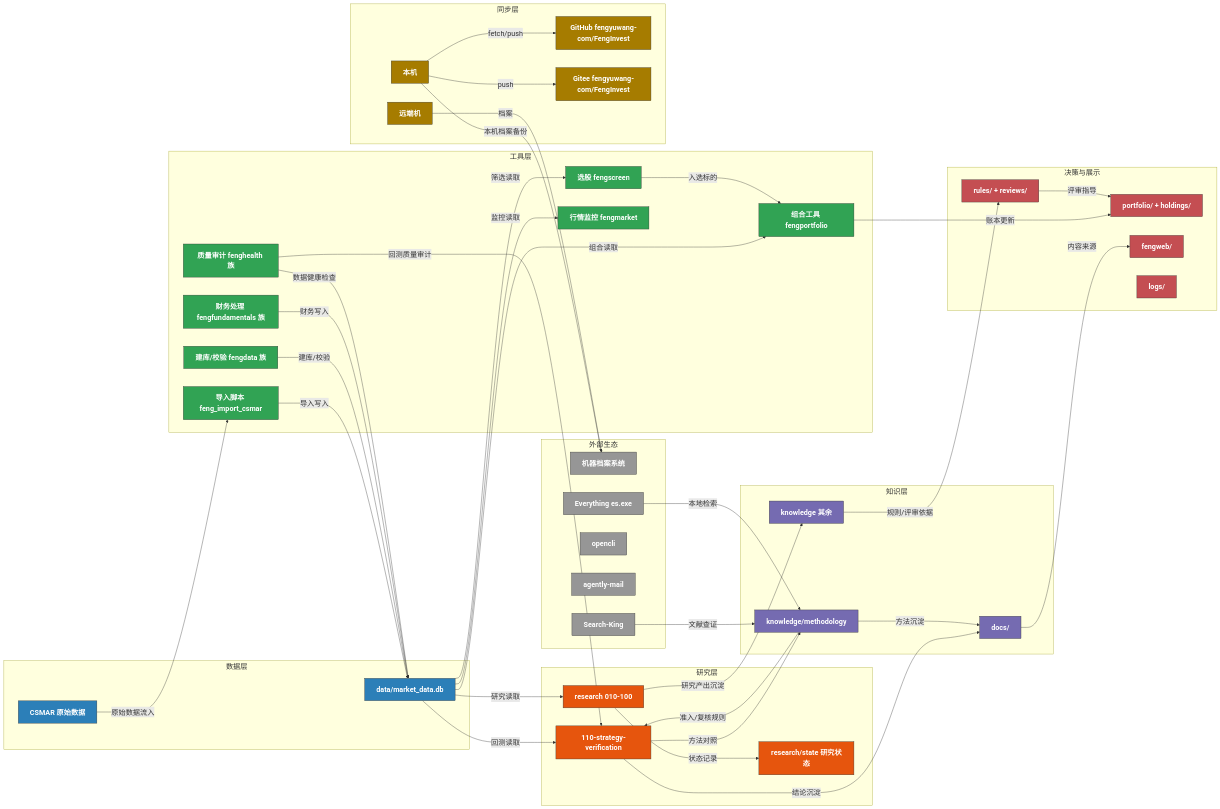
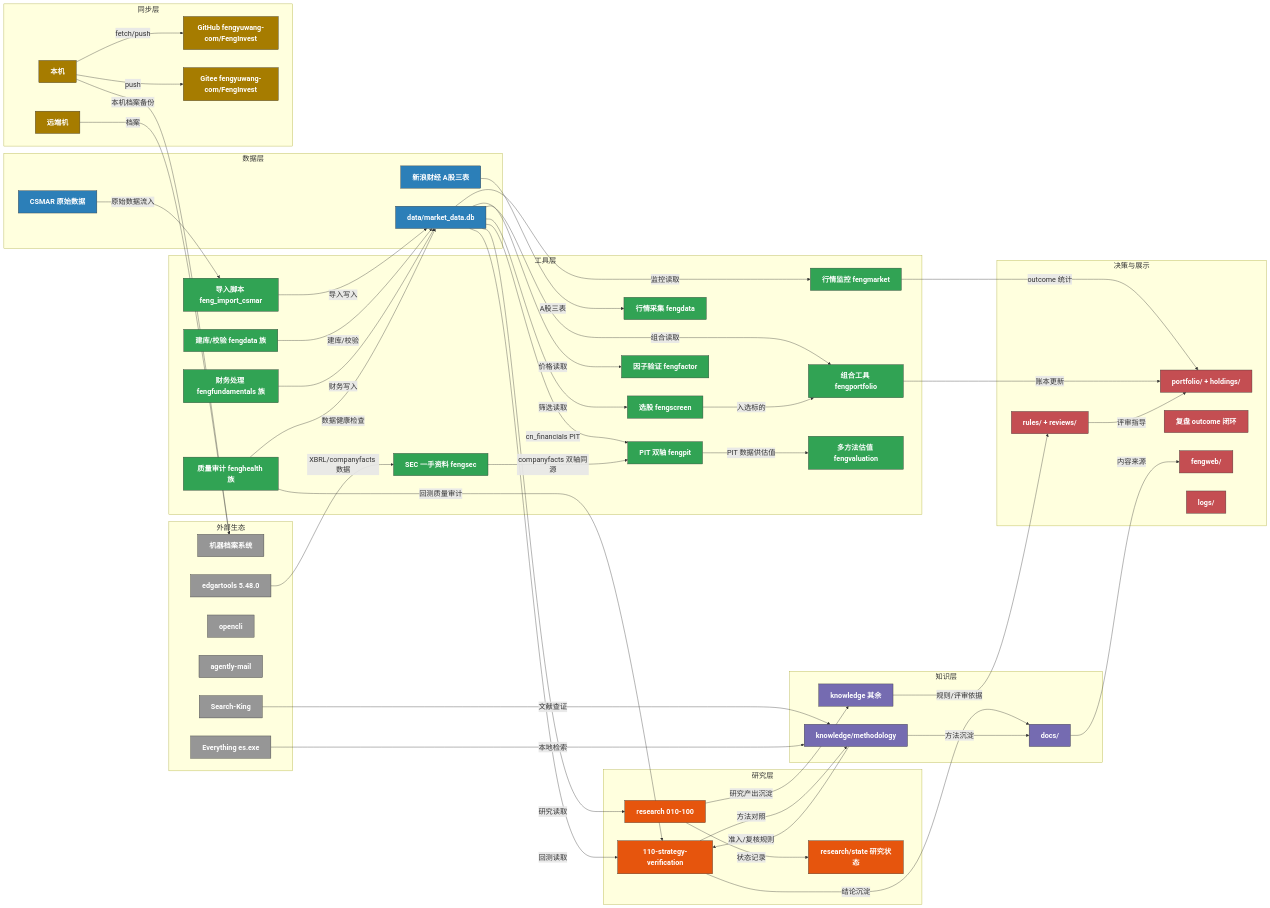
One commit to fengyuwang-com/Open-FengInvest changed the diagram in docs/system-map.mmd. Above: the diagram before and after it, drawn with Mermaid. The commit also changed 166 other files, not shown here.

```diff
--- a/docs/system-map.mmd
+++ b/docs/system-map.mmd
@@ -1,81 +1,96 @@
 %%{init: {"themeVariables": {"fontSize": "20px"}, "flowchart": {"nodeSpacing": 50, "rankSpacing": 80, "padding": 16}}}%%
 %% 由 tools/system-map/build.py 生成, 勿手改。改 system-map.yaml 后重跑。
 %% 互动版: docs/system-map.html
 flowchart LR
   subgraph G_data["数据层"]
     n_csmar["CSMAR 原始数据"]:::data
     n_market_data_db["data/market_data.db"]:::data
+    n_sina["新浪财经 A股三表"]:::data
   end
   subgraph G_tools["工具层"]
     n_importer["导入脚本 feng_import_csmar"]:::tools
     n_dbops["建库/校验 fengdata 族"]:::tools
     n_finops["财务处理 fengfundamentals 族"]:::tools
     n_screener["选股 fengscreen"]:::tools
     n_portfolio_tools["组合工具 fengportfolio"]:::tools
     n_audit_tools["质量审计 fenghealth 族"]:::tools
     n_watch["行情监控 fengmarket"]:::tools
+    n_fengdata["行情采集 fengdata"]:::tools
+    n_fengsec["SEC 一手资料 fengsec"]:::tools
+    n_fengpit["PIT 双轴 fengpit"]:::tools
+    n_fengvaluation["多方法估值 fengvaluation"]:::tools
+    n_fengfactor["因子验证 fengfactor"]:::tools
   end
   subgraph G_research["研究层"]
     n_verification["110-strategy-verification"]:::research
     n_research_other["research 010-100"]:::research
     n_research_state["research/state 研究状态"]:::research
   end
   subgraph G_knowledge["知识层"]
     n_methodology["knowledge/methodology"]:::knowledge
     n_knowledge_other["knowledge 其余"]:::knowledge
     n_docs["docs/"]:::knowledge
   end
   subgraph G_board["决策与展示"]
     n_rules_reviews["rules/ + reviews/"]:::board
     n_portfolio_ledger["portfolio/ + holdings/"]:::board
+    n_outcome["复盘 outcome 闭环"]:::board
     n_fengweb["fengweb/"]:::board
     n_logs["logs/"]:::board
   end
   subgraph G_external["外部生态"]
     n_fengasni["机器档案系统"]:::external
     n_searchking["Search-King"]:::external
     n_opencli["opencli"]:::external
     n_mail["agently-mail"]:::external
     n_everything["Everything es.exe"]:::external
+    n_edgartools["edgartools 5.48.0"]:::external
   end
   subgraph G_sync["同步层"]
     n_github["GitHub fengyuwang-com/FengInvest"]:::sync
     n_gitee["Gitee fengyuwang-com/FengInvest"]:::sync
     n_machine_lt["本机"]:::sync
     n_machine_air["远端机"]:::sync
   end
   classDef data fill:#2c7fb8,stroke:#333,color:#fff,font-weight:bold
   classDef tools fill:#31a354,stroke:#333,color:#fff,font-weight:bold
   classDef research fill:#e6550d,stroke:#333,color:#fff,font-weight:bold
   classDef knowledge fill:#756bb1,stroke:#333,color:#fff,font-weight:bold
   classDef board fill:#c44e52,stroke:#333,color:#fff,font-weight:bold
   classDef external fill:#969696,stroke:#333,color:#fff,font-weight:bold
   classDef sync fill:#a67c00,stroke:#333,color:#fff,font-weight:bold
   n_csmar -->|"原始数据流入"| n_importer
   n_importer -->|"导入写入"| n_market_data_db
   n_dbops -->|"建库/校验"| n_market_data_db
   n_finops -->|"财务写入"| n_market_data_db
   n_market_data_db -->|"回测读取"| n_verification
   n_market_data_db -->|"筛选读取"| n_screener
   n_market_data_db -->|"组合读取"| n_portfolio_tools
   n_market_data_db -->|"监控读取"| n_watch
   n_market_data_db -->|"研究读取"| n_research_other
+  n_market_data_db -->|"价格读取"| n_fengfactor
+  n_market_data_db -->|"cn_financials PIT"| n_fengpit
+  n_sina -->|"A股三表"| n_fengdata
+  n_edgartools -->|"XBRL/companyfacts 数据"| n_fengsec
+  n_fengsec -->|"companyfacts 双轴同源"| n_fengpit
+  n_fengpit -->|"PIT 数据供估值"| n_fengvaluation
+  n_watch -->|"outcome 统计"| n_portfolio_ledger
   n_verification -->|"方法对照"| n_methodology
   n_methodology -->|"准入/复核规则"| n_verification
   n_audit_tools -->|"回测质量审计"| n_verification
   n_audit_tools -->|"数据健康检查"| n_market_data_db
   n_research_other -->|"状态记录"| n_research_state
   n_verification -->|"结论沉淀"| n_docs
   n_methodology -->|"方法沉淀"| n_docs
   n_research_other -->|"研究产出沉淀"| n_knowledge_other
   n_knowledge_other -->|"规则/评审依据"| n_rules_reviews
   n_screener -->|"入选标的"| n_portfolio_tools
   n_portfolio_tools -->|"账本更新"| n_portfolio_ledger
   n_rules_reviews -->|"评审指导"| n_portfolio_ledger
   n_docs -->|"内容来源"| n_fengweb
   n_searchking -->|"文献查证"| n_methodology
   n_everything -->|"本地检索"| n_methodology
   n_machine_lt -->|"本机档案备份"| n_fengasni
   n_machine_air -->|"档案"| n_fengasni
   n_machine_lt -->|"fetch/push"| n_github
   n_machine_lt -->|"push"| n_gitee
```
